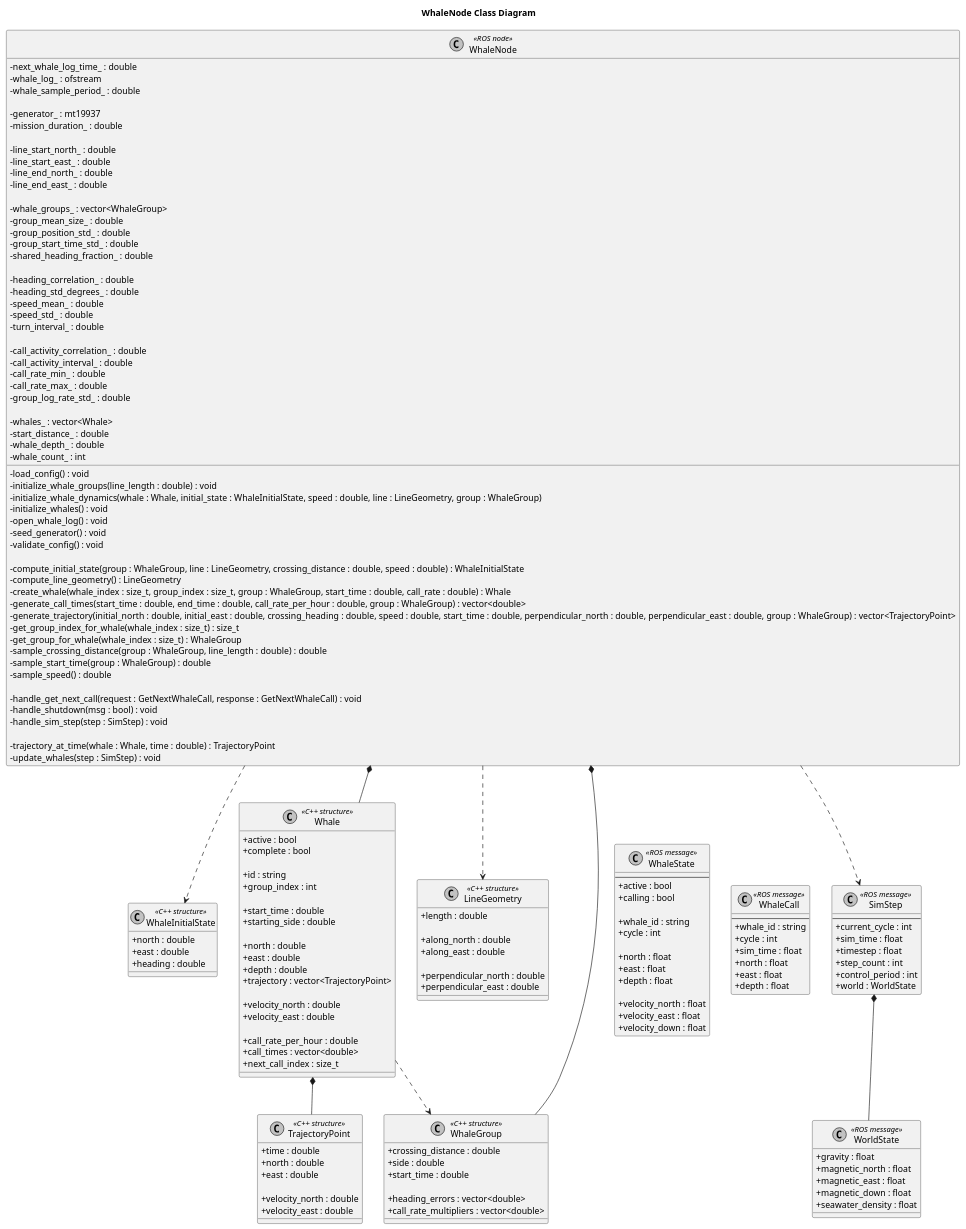
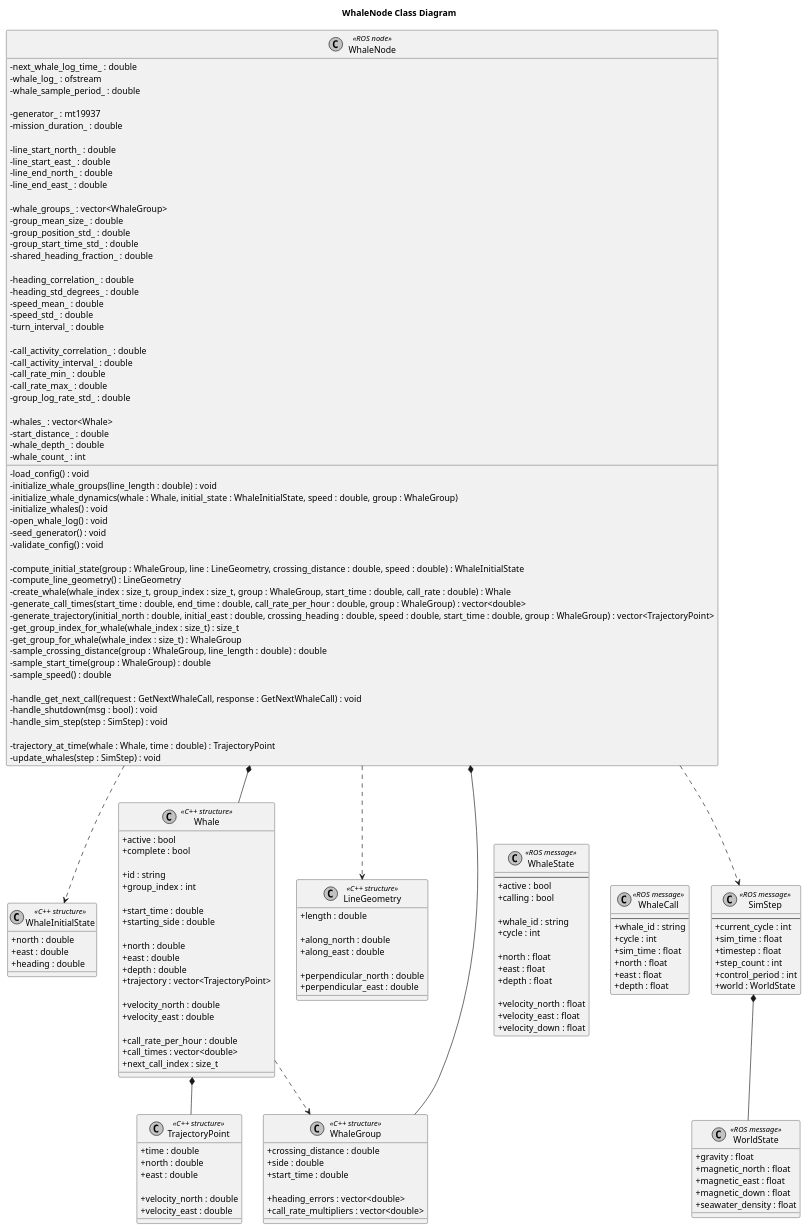
One commit to Tebcherani/MANTA changed the diagram in docs/classes/whale_class.puml. Above: the diagram before and after it, drawn with PlantUML. The commit also changed 4 other files, not shown here.

```diff
--- a/docs/classes/whale_class.puml
+++ b/docs/classes/whale_class.puml
@@ -1,190 +1,190 @@
 @startuml
 title WhaleNode Class Diagram
 
 skinparam classAttributeIconSize 0
 skinparam monochrome true
 skinparam shadowing false
 
 class WhaleNode <<ROS node>> {
     ' Operations
 
     - load_config() : void
     - initialize_whale_groups(line_length : double) : void
-    - initialize_whale_dynamics(whale : Whale, initial_state : WhaleInitialState, speed : double, line : LineGeometry, group : WhaleGroup)
+    - initialize_whale_dynamics(whale : Whale, initial_state : WhaleInitialState, speed : double, group : WhaleGroup)
     - initialize_whales() : void
     - open_whale_log() : void
     - seed_generator() : void
     - validate_config() : void
 
     - compute_initial_state(group : WhaleGroup, line : LineGeometry, crossing_distance : double, speed : double) : WhaleInitialState
     - compute_line_geometry() : LineGeometry
     - create_whale(whale_index : size_t, group_index : size_t, group : WhaleGroup, start_time : double, call_rate : double) : Whale
     - generate_call_times(start_time : double, end_time : double, call_rate_per_hour : double, group : WhaleGroup) : vector<double>
-    - generate_trajectory(initial_north : double, initial_east : double, crossing_heading : double, speed : double, start_time : double, perpendicular_north : double, perpendicular_east : double, group : WhaleGroup) : vector<TrajectoryPoint>
+    - generate_trajectory(initial_north : double, initial_east : double, crossing_heading : double, speed : double, start_time : double, group : WhaleGroup) : vector<TrajectoryPoint>
     - get_group_index_for_whale(whale_index : size_t) : size_t
     - get_group_for_whale(whale_index : size_t) : WhaleGroup
     - sample_crossing_distance(group : WhaleGroup, line_length : double) : double
     - sample_start_time(group : WhaleGroup) : double
     - sample_speed() : double
 
     - handle_get_next_call(request : GetNextWhaleCall, response : GetNextWhaleCall) : void
     - handle_shutdown(msg : bool) : void
     - handle_sim_step(step : SimStep) : void
 
     - trajectory_at_time(whale : Whale, time : double) : TrajectoryPoint
     - update_whales(step : SimStep) : void
 
     ' Attributes
 
     - next_whale_log_time_ : double
     - whale_log_ : ofstream
     - whale_sample_period_ : double
 
     - generator_ : mt19937
     - mission_duration_ : double
 
     - line_start_north_ : double
     - line_start_east_ : double
     - line_end_north_ : double
     - line_end_east_ : double
 
     - whale_groups_ : vector<WhaleGroup>
     - group_mean_size_ : double
     - group_position_std_ : double
     - group_start_time_std_ : double
     - shared_heading_fraction_ : double
 
     - heading_correlation_ : double
     - heading_std_degrees_ : double
     - speed_mean_ : double
     - speed_std_ : double
     - turn_interval_ : double
 
     - call_activity_correlation_ : double
     - call_activity_interval_ : double
     - call_rate_min_ : double
     - call_rate_max_ : double
     - group_log_rate_std_ : double
 
     - whales_ : vector<Whale>
     - start_distance_ : double
     - whale_depth_ : double
     - whale_count_ : int
 }
 
 together {
     class "LineGeometry" <<C++ structure>> {
         + length : double 
 
         + along_north : double 
         + along_east : double 
 
         + perpendicular_north : double 
         + perpendicular_east : double
     }
 
     class TrajectoryPoint <<C++ structure>> {
         + time : double
         + north : double 
         + east : double 
 
         + velocity_north : double 
         + velocity_east : double
     }
 
     class "Whale" <<C++ structure>> {
         + active : bool 
         + complete : bool 
 
         + id : string 
         + group_index : int 
 
         + start_time : double 
         + starting_side : double
 
         + north : double 
         + east : double 
         + depth : double 
         + trajectory : vector<TrajectoryPoint>
         
         + velocity_north : double 
         + velocity_east : double 
 
         + call_rate_per_hour : double 
         + call_times : vector<double> 
         + next_call_index : size_t 
     }
 
     class WhaleInitialState <<C++ structure>> {
         + north : double 
         + east : double 
         + heading : double
     }
 
     class WhaleGroup <<C++ structure>> {
         + crossing_distance : double 
         + side : double 
         + start_time : double 
 
         + heading_errors : vector<double> 
         + call_rate_multipliers : vector<double>
     }
 }
 
 together {
     class SimStep <<ROS message>> {
         --
         + current_cycle : int
         + sim_time : float
         + timestep : float
         + step_count : int
         + control_period : int
         + world : WorldState
     }
 
     class WhaleCall <<ROS message>> {
         --
         + whale_id : string
         + cycle : int
         + sim_time : float
         + north : float 
         + east : float
         + depth : float
     }
 
     class WhaleState <<ROS message>> {
         --
         + active : bool 
         + calling : bool 
 
         + whale_id : string 
         + cycle : int 
         
         + north : float 
         + east : float 
         + depth : float 
 
         + velocity_north : float 
         + velocity_east : float 
         + velocity_down : float 
     }
 
     class WorldState <<ROS message>> {
         + gravity : float
         + magnetic_north : float
         + magnetic_east : float
         + magnetic_down : float
         + seawater_density : float
     }
 }
 
 WhaleNode ..> SimStep
 SimStep *-- WorldState 
 WhaleNode *-- WhaleGroup 
 WhaleNode *-- Whale 
 Whale *-- TrajectoryPoint 
 WhaleNode ..> LineGeometry
 WhaleNode ..> WhaleInitialState 
 Whale ..> WhaleGroup
 
 @enduml
```
